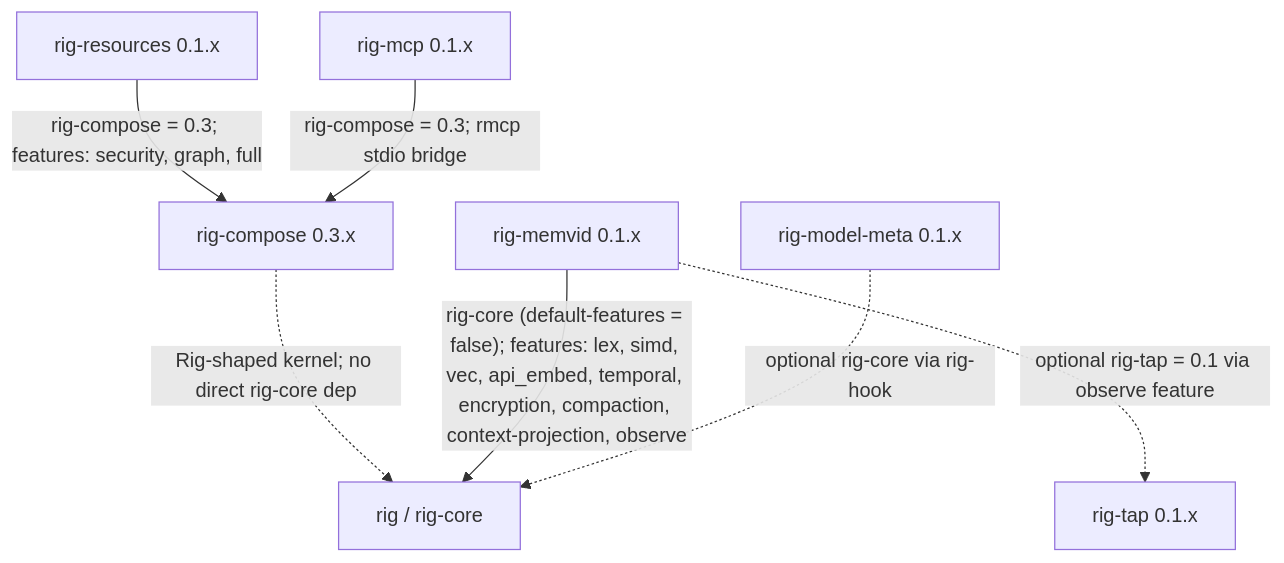
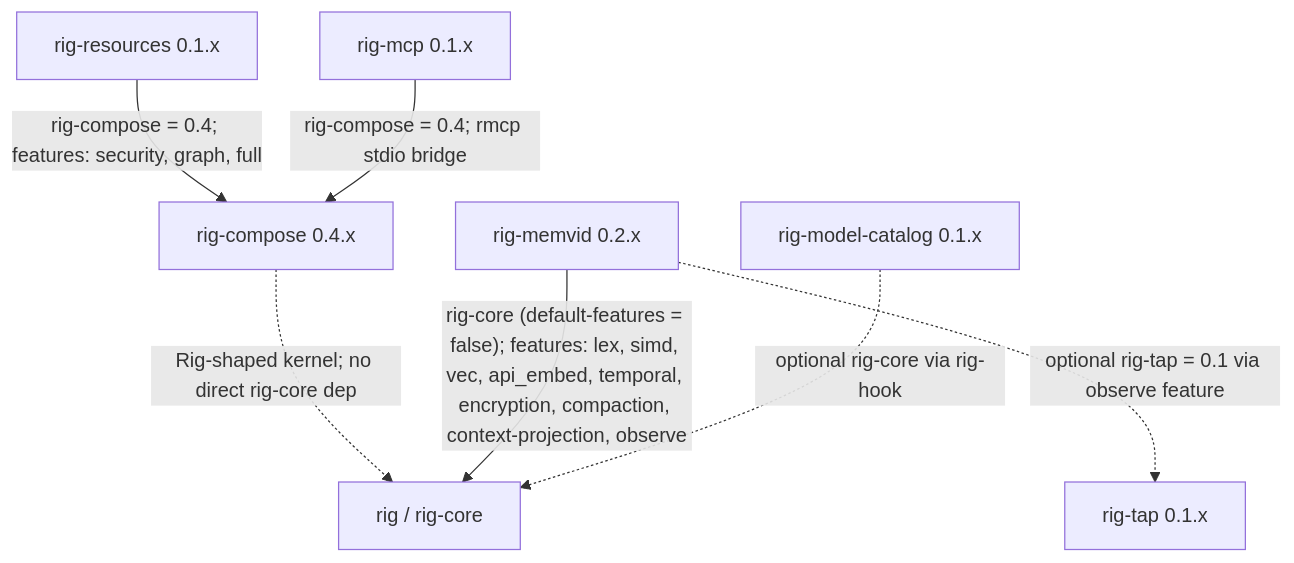
The diagram in README.md (ForeverAngry/rig-memvid), drawn with Mermaid before and after one commit. The commit also changed other lines of this file and 8 other files, not shown here.

Commit message:
release rig-memvid 0.2 context projection

````diff
--- a/README.md
+++ b/README.md
@@ -285,17 +285,17 @@
 ```mermaid
 flowchart TD
     rig["rig / rig-core"]
-    compose["rig-compose 0.3.x"]
+    compose["rig-compose 0.4.x"]
     resources["rig-resources 0.1.x"]
     mcp["rig-mcp 0.1.x"]
-    memvid["rig-memvid 0.1.x"]
-    model_meta["rig-model-meta 0.1.x"]
+    memvid["rig-memvid 0.2.x"]
+    model_meta["rig-model-catalog 0.1.x"]
     observe["rig-tap 0.1.x"]
 
     compose -. "Rig-shaped kernel; no direct rig-core dep" .-> rig
-    resources -- "rig-compose = 0.3; features: security, graph, full" --> compose
-    mcp -- "rig-compose = 0.3; rmcp stdio bridge" --> compose
+    resources -- "rig-compose = 0.4; features: security, graph, full" --> compose
+    mcp -- "rig-compose = 0.4; rmcp stdio bridge" --> compose
     memvid -- "rig-core (default-features = false); features: lex, simd, vec, api_embed, temporal, encryption, compaction, context-projection, observe" --> rig
     memvid -. "optional rig-tap = 0.1 via observe feature" .-> observe
     model_meta -. "optional rig-core via rig-hook" .-> rig
 ```
````
